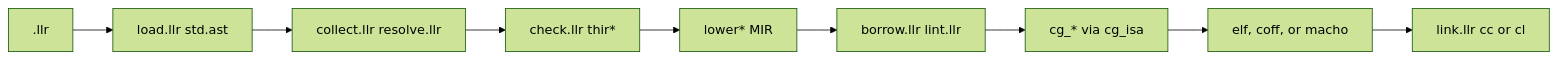
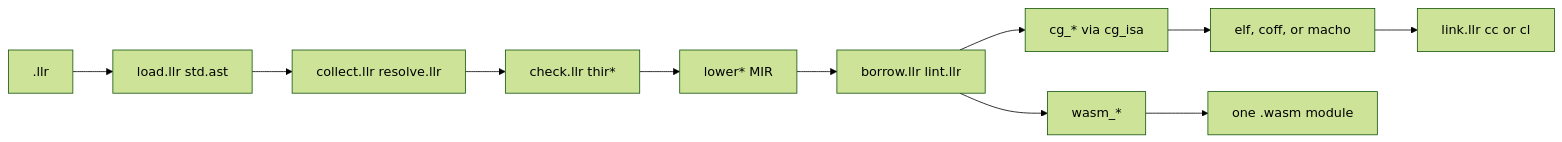
One commit to AVoSI-VI/Llrst changed the diagram in HANDOFF.md. Above: the diagram before and after it, drawn with Mermaid (forest theme). The commit also changed other lines of this file and 31 other files, not shown here.

````diff
--- a/HANDOFF.md
+++ b/HANDOFF.md
@@ -60,6 +60,7 @@
 ```mermaid
 flowchart LR
   src[".llr"] --> load["load.llr std.ast"] --> resolve["collect.llr resolve.llr"]
   resolve --> check["check.llr thir*"] --> mir["lower* MIR"] --> borrow["borrow.llr lint.llr"]
   borrow --> cg["cg_* via cg_isa"] --> obj["elf, coff, or macho"] --> link["link.llr cc or cl"]
+  borrow --> wasm["wasm_*"] --> wobj["one .wasm module"]
 ```
````
